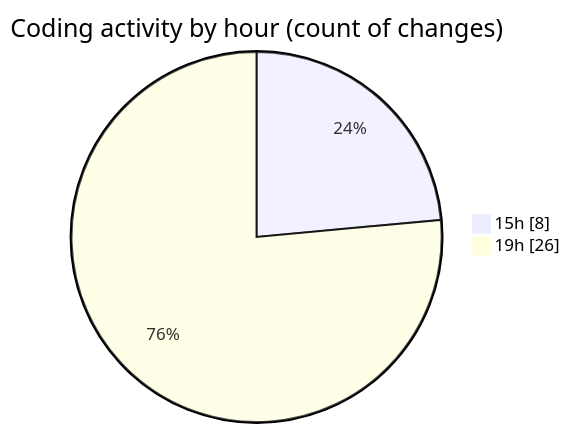
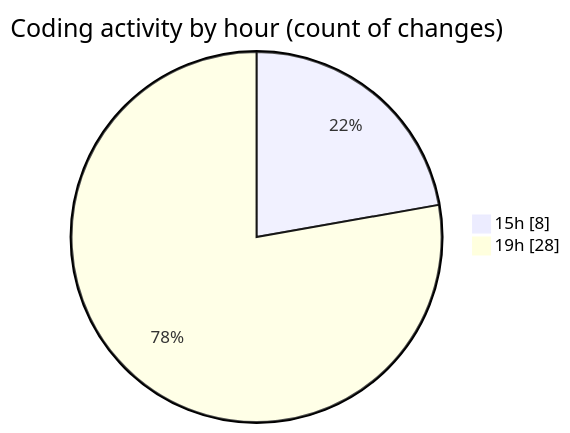
Before and after one commit to Ritupan-Deka/code-tracking: the second of 2 diagrams in 2025-01-26/search/README.md, drawn with Mermaid. The commit also changed other lines of this file and 1 other file, not shown here.

````diff
--- a/2025-01-26/search/README.md
+++ b/2025-01-26/search/README.md
@@ -31,6 +31,6 @@
 ```mermaid
 pie showData
 title Coding activity by hour (count of changes)
 "15h" : 8
-"19h" : 26
+"19h" : 28
 ```
````
